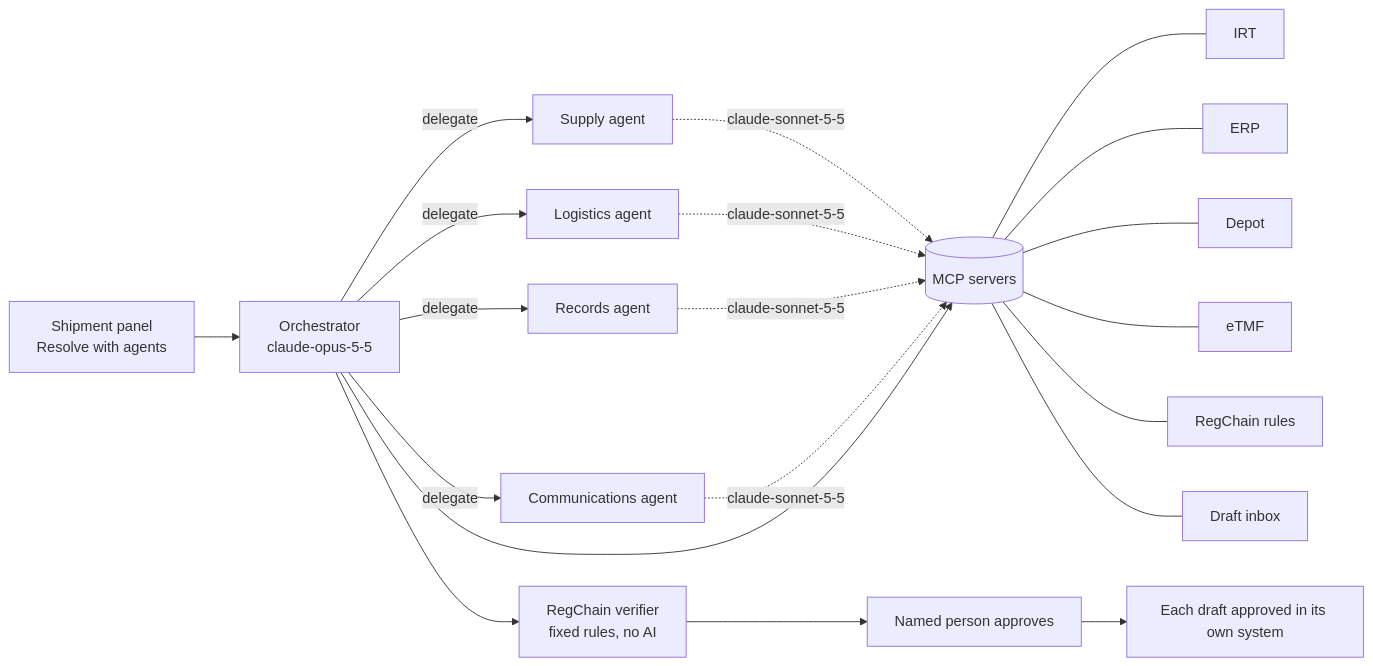
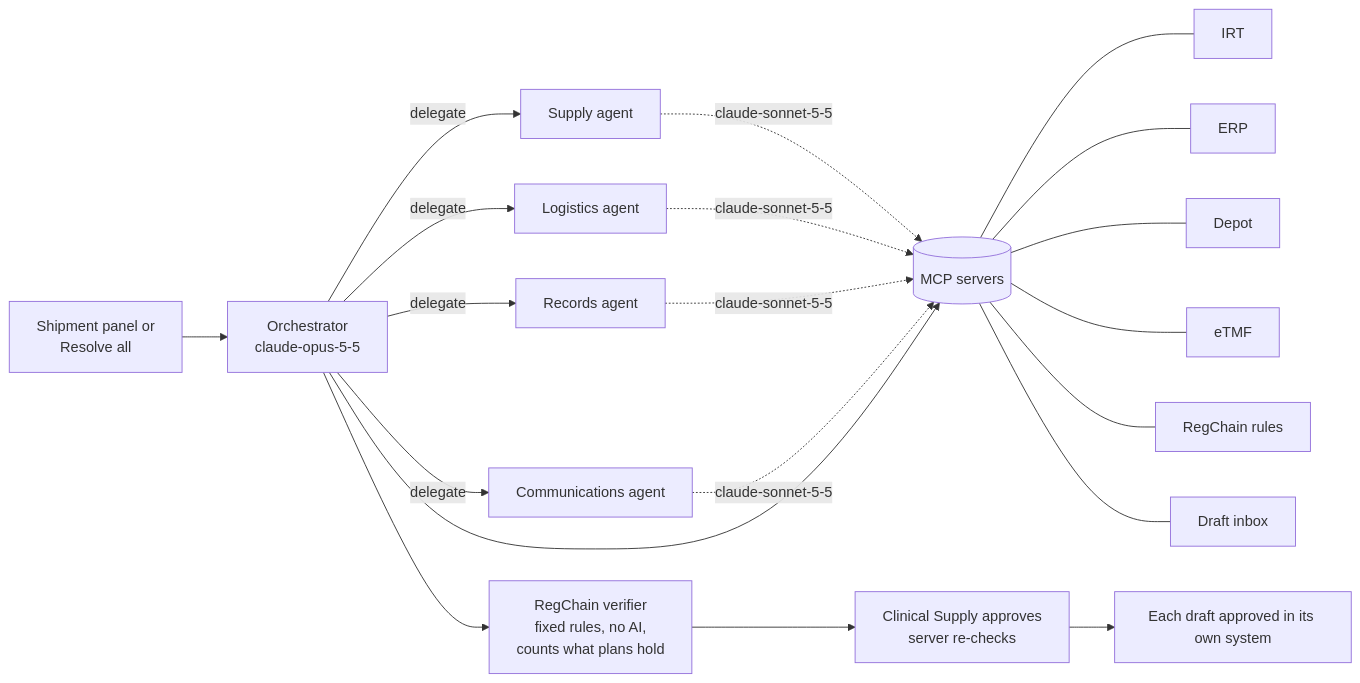
One commit to Gpanaritis/ClinRadar changed the diagram in RegChain-AI-Agents.md. Above: the diagram before and after it, drawn with Mermaid. The commit also changed other lines of this file and 17 other files, not shown here.

````diff
--- a/RegChain-AI-Agents.md
+++ b/RegChain-AI-Agents.md
@@ -38,14 +48,14 @@
 ```mermaid
 flowchart LR
-  P[Shipment panel<br/>Resolve with agents] --> O[Orchestrator<br/>claude-opus-5-5]
+  P[Shipment panel or<br/>Resolve all] --> O[Orchestrator<br/>claude-opus-5-5]
   O -->|delegate| S[Supply agent]
   O -->|delegate| L[Logistics agent]
   O -->|delegate| R[Records agent]
   O -->|delegate| C[Communications agent]
   S & L & R & C -.->|claude-sonnet-5-5| M
   O --> M[(MCP servers)]
   M --- IRT & ERP & Depot & eTMF & Specs[RegChain rules] & Drafts[Draft inbox]
-  O --> V[RegChain verifier<br/>fixed rules, no AI]
-  V --> H[Named person approves]
+  O --> V[RegChain verifier<br/>fixed rules, no AI,<br/>counts what plans hold]
+  V --> H[Clinical Supply approves<br/>server re-checks]
   H --> D[Each draft approved in its own system]
 ```
````
